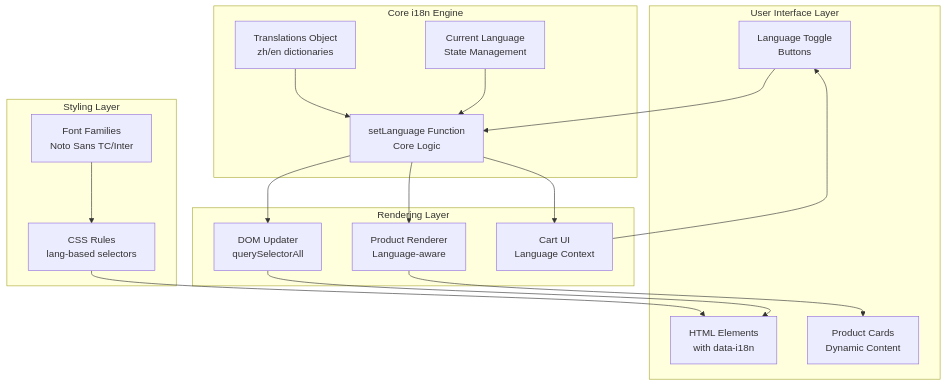
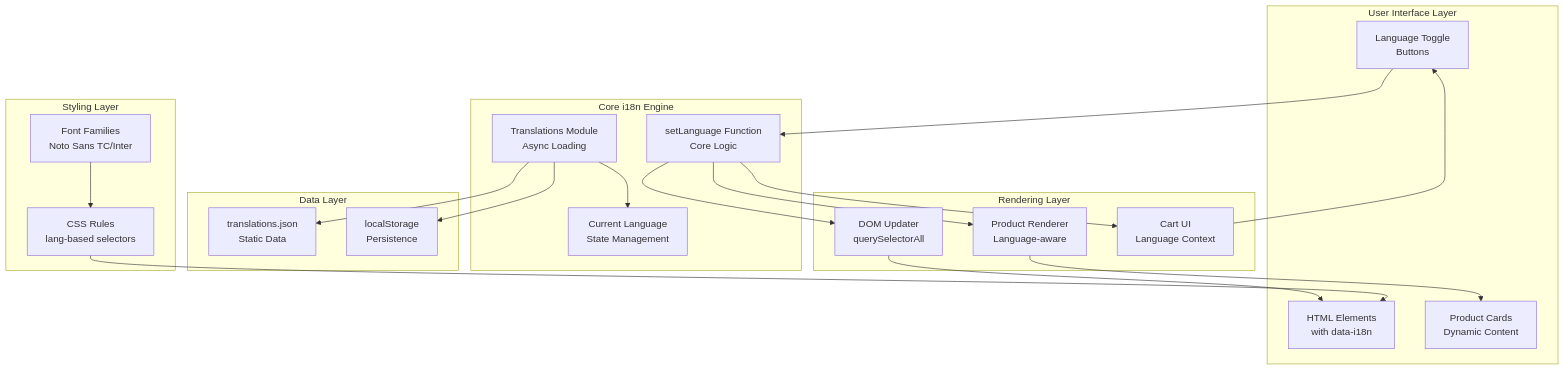
Before and after one commit to queenflowerhk/queenflowerhk.github.io: the first of 2 diagrams in .qoder/repowiki/en/content/Internationalization System.md, drawn with Mermaid. The commit also changed other lines of this file and 36 other files, not shown here.

````diff
--- a/.qoder/repowiki/en/content/Internationalization System.md
+++ b/.qoder/repowiki/en/content/Internationalization System.md
@@ -38,33 +53,38 @@
 ```mermaid
 graph TB
 subgraph "User Interface Layer"
 HTML[HTML Elements<br/>with data-i18n]
 Buttons[Language Toggle<br/>Buttons]
 Products[Product Cards<br/>Dynamic Content]
 end
 subgraph "Core i18n Engine"
-Translations[Translations Object<br/>zh/en dictionaries]
+TranslationsModule[Translations Module<br/>Async Loading]
 CurrentLang[Current Language<br/>State Management]
 setLanguage[setLanguage Function<br/>Core Logic]
+end
+subgraph "Data Layer"
+JSONFile[translations.json<br/>Static Data]
+LocalStorage[localStorage<br/>Persistence]
 end
 subgraph "Rendering Layer"
 DOMUpdater[DOM Updater<br/>querySelectorAll]
 ProductRenderer[Product Renderer<br/>Language-aware]
 CartUI[Cart UI<br/>Language Context]
 end
 subgraph "Styling Layer"
 Fonts[Font Families<br/>Noto Sans TC/Inter]
 CSSRules[CSS Rules<br/>lang-based selectors]
 end
 Buttons --> setLanguage
 setLanguage --> DOMUpdater
 setLanguage --> ProductRenderer
 setLanguage --> CartUI
 DOMUpdater --> HTML
 ProductRenderer --> Products
 CartUI --> Buttons
-CurrentLang --> setLanguage
-Translations --> setLanguage
+TranslationsModule --> CurrentLang
+TranslationsModule --> JSONFile
+TranslationsModule --> LocalStorage
 Fonts --> CSSRules
 CSSRules --> HTML
 ```
````
